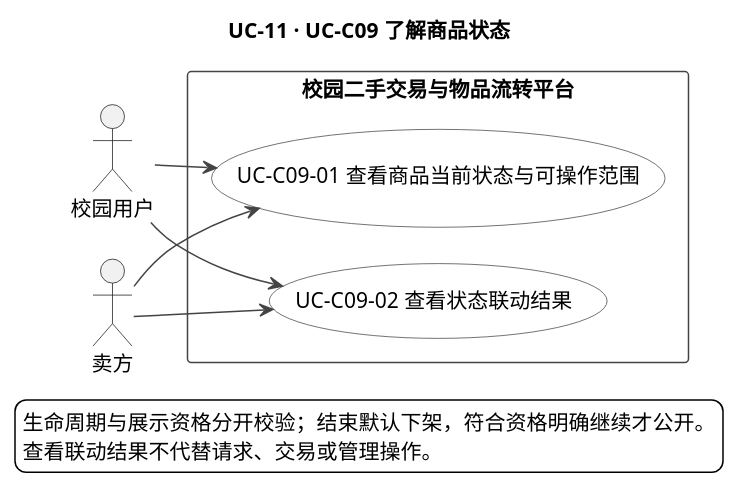
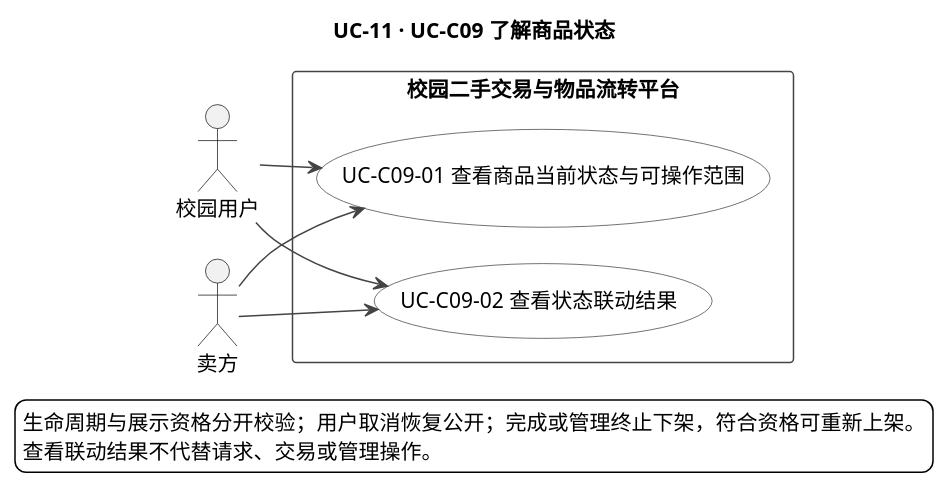
Before and after one commit to iy88/se-course-project-1: the diagram in docs/appendices/models/UC-11-了解商品状态用例图.puml, drawn with PlantUML. The commit also changed 110 other files, not shown here.

```diff
--- a/docs/appendices/models/UC-11-了解商品状态用例图.puml
+++ b/docs/appendices/models/UC-11-了解商品状态用例图.puml
@@ -1,61 +1,61 @@
 @startuml
 ' Version: 0.1.0
 ' Version-Datetime: 2026-10-26T12:37:57+08:00
 title UC-11 · UC-C09 了解商品状态
 
 skinparam backgroundColor #FFFFFF
 skinparam defaultFontName "PingFang SC"
 skinparam shadowing false
 skinparam nodesep 24
 skinparam ranksep 38
 skinparam usecase {
   BackgroundColor #FFFFFF
   BorderColor #444444
 }
 skinparam rectangle {
   BackgroundColor #FFFFFF
   BorderColor #444444
 }
 skinparam ArrowColor #444444
 skinparam noteBackgroundColor #FFFFFF
 left to right direction
 
 actor 校园用户 as CampusUser
 actor 卖方 as Seller
 
 rectangle "校园二手交易与物品流转平台" {
   usecase (UC-C09-01 查看商品当前状态与可操作范围) as C0901
   usecase (UC-C09-02 查看状态联动结果) as C0902
 }
 
 CampusUser --> C0901
 Seller --> C0901
 CampusUser --> C0902
 Seller --> C0902
 
 ' note bottom of C0901
 '   生命周期为待审核、审核未通过、公开可交易、
 '   交易中、已下架；展示资格另按账户封禁、违规
 '   撤销、交易冻结等限制判断（BR-14）。
 ' end note
 
 ' note bottom of C0902
 '   接受请求转交易中并锁单，退出在售搜索，但
 '   有资格登录用户仍可看详情、评论；结束默认
 '   已下架，卖方明确继续且资格满足才公开
 '   （TR-05、TR-06、TR-08）。
 ' end note
 
 ' note right of C0902
 '   管理处置撤销公开期间拒绝旧链接；解除只恢复
 '   原展示资格，不把非在售商品变为在售
 '   （BR-33、TR-10）。管理操作见 UC-C08。
 ' end note
 
 ' 两个子用例都是查询目标；接受、结束、处置是
 ' 状态联动，不是本用例包含的活动，故无 include。
 legend bottom
-生命周期与展示资格分开校验；结束默认下架，符合资格明确继续才公开。
+生命周期与展示资格分开校验；用户取消恢复公开；完成或管理终止下架，符合资格可重新上架。
 查看联动结果不代替请求、交易或管理操作。
 endlegend
 @enduml
```
